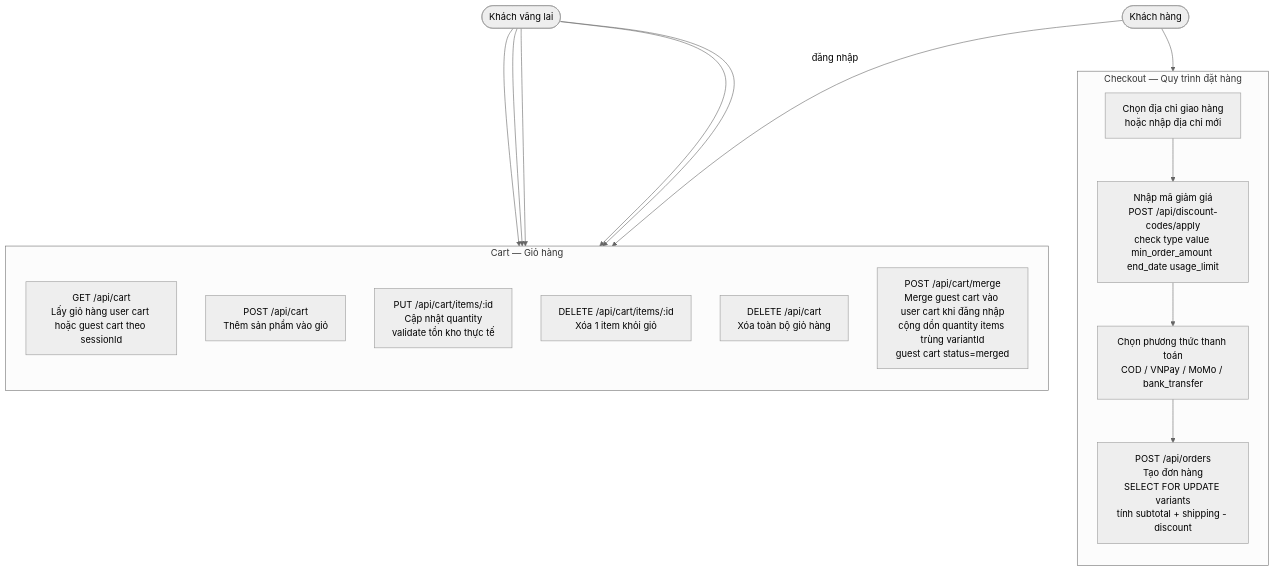
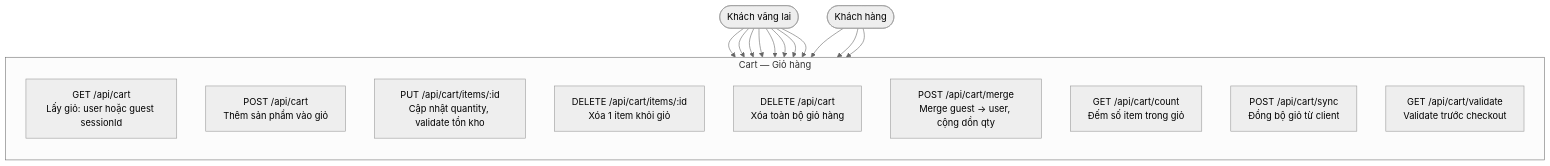
One commit to MinhThang1009/E-commerce-website changed the tenth of 47 diagrams in DIAGRAMS.md. Above: the diagram before and after it, drawn with Mermaid (neutral theme). The commit also changed other lines of this file and 67 other files, not shown here.

First line of the commit message:
chore(cleanup): xóa role manager và cập nhật tài liệu dự án

````diff
--- a/DIAGRAMS.md
+++ b/DIAGRAMS.md
@@ -183,34 +303,30 @@
 ```mermaid
 flowchart TB
     Guest(["Khách vãng lai"])
     Customer(["Khách hàng"])
 
     subgraph CART["Cart — Giỏ hàng"]
         direction TB
-        C1["GET /api/cart\nLấy giỏ hàng user cart hoặc guest cart theo sessionId"]
-        C2["POST /api/cart\nThêm sản phẩm vào giỏ"]
-        C3["PUT /api/cart/items/:id\nCập nhật quantity\nvalidate tồn kho thực tế"]
-        C4["DELETE /api/cart/items/:id\nXóa 1 item khỏi giỏ"]
-        C5["DELETE /api/cart\nXóa toàn bộ giỏ hàng"]
-        C6["POST /api/cart/merge\nMerge guest cart vào user cart khi đăng nhập\ncộng dồn quantity items trùng variantId\nguest cart status=merged"]
-    end
-
-    subgraph CHECKOUT["Checkout — Quy trình đặt hàng"]
-        direction TB
-        D1["Chọn địa chỉ giao hàng\nhoặc nhập địa chỉ mới"]
-        D2["Nhập mã giảm giá\nPOST /api/discount-codes/apply\ncheck type value min_order_amount end_date usage_limit"]
-        D3["Chọn phương thức thanh toán\nCOD / VNPay / MoMo / bank_transfer"]
-        D4["POST /api/orders\nTạo đơn hàng\nSELECT FOR UPDATE variants\ntính subtotal + shipping - discount"]
-        D1 --> D2
-        D2 --> D3
-        D3 --> D4
+        C1["GET /api/cart<br/>Lấy giỏ: user hoặc guest sessionId"]
+        C2["POST /api/cart<br/>Thêm sản phẩm vào giỏ"]
+        C3["PUT /api/cart/items/:id<br/>Cập nhật quantity, validate tồn kho"]
+        C4["DELETE /api/cart/items/:id<br/>Xóa 1 item khỏi giỏ"]
+        C5["DELETE /api/cart<br/>Xóa toàn bộ giỏ hàng"]
+        C6["POST /api/cart/merge<br/>Merge guest → user, cộng dồn qty"]
+        C7["GET /api/cart/count<br/>Đếm số item trong giỏ"]
+        C8["POST /api/cart/sync<br/>Đồng bộ giỏ từ client"]
+        C9["GET /api/cart/validate<br/>Validate trước checkout"]
     end
 
     Guest --> C1
     Guest --> C2
     Guest --> C3
     Guest --> C4
     Guest --> C5
-    Customer -->|đăng nhập| C6
-    Customer --> CHECKOUT
+    Guest --> C7
+    Guest --> C8
+    Guest --> C9
+    Customer --> C6
+    Customer --> C8
+    Customer --> C9
 ```
````
